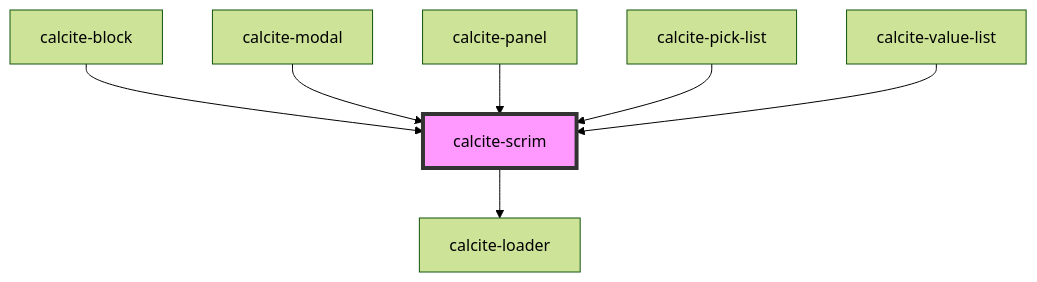
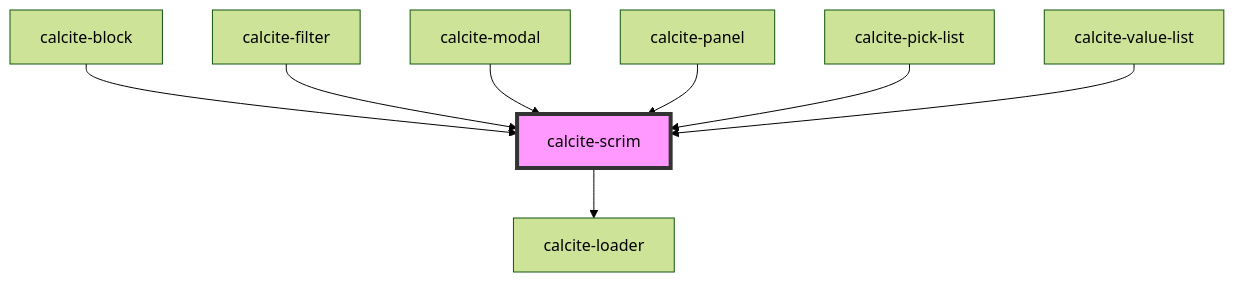
One commit to vikivakarvc/calcite-design-system changed the diagram in src/components/calcite-scrim/readme.md. Above: the diagram before and after it, drawn with Mermaid (forest theme). The commit also changed other lines of this file and 36 other files, not shown here.

````diff
--- a/src/components/calcite-scrim/readme.md
+++ b/src/components/calcite-scrim/readme.md
@@ -63,10 +64,11 @@
 ```mermaid
 graph TD;
   calcite-scrim --> calcite-loader
   calcite-block --> calcite-scrim
+  calcite-filter --> calcite-scrim
   calcite-modal --> calcite-scrim
   calcite-panel --> calcite-scrim
   calcite-pick-list --> calcite-scrim
   calcite-value-list --> calcite-scrim
   style calcite-scrim fill:#f9f,stroke:#333,stroke-width:4px
 ```
````
